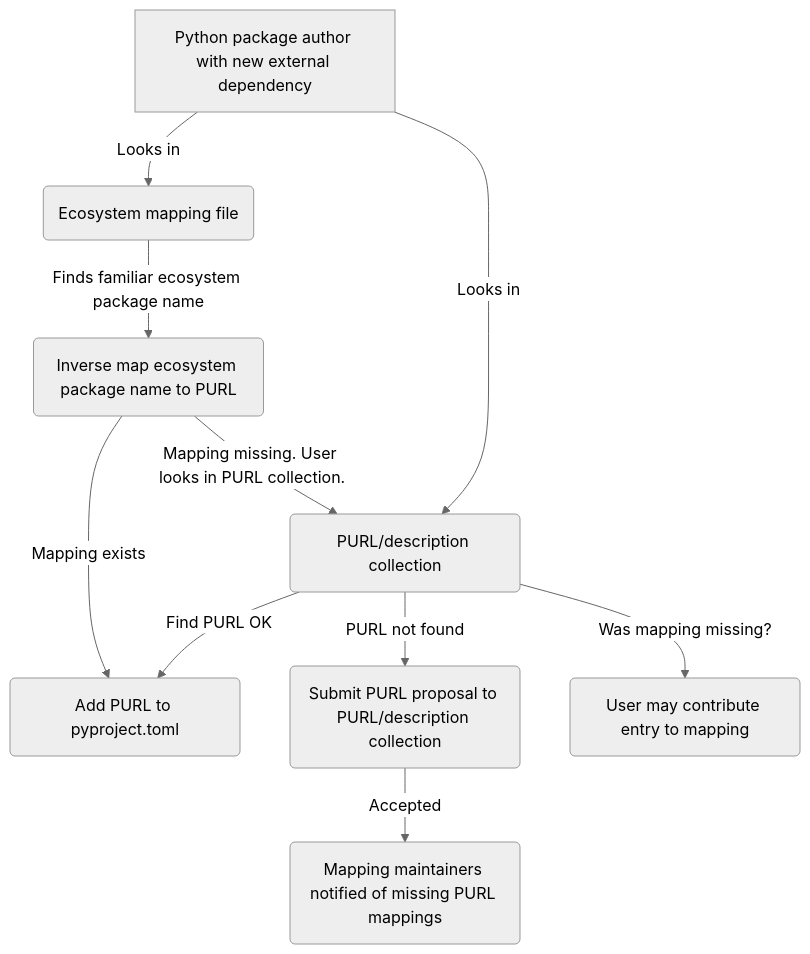
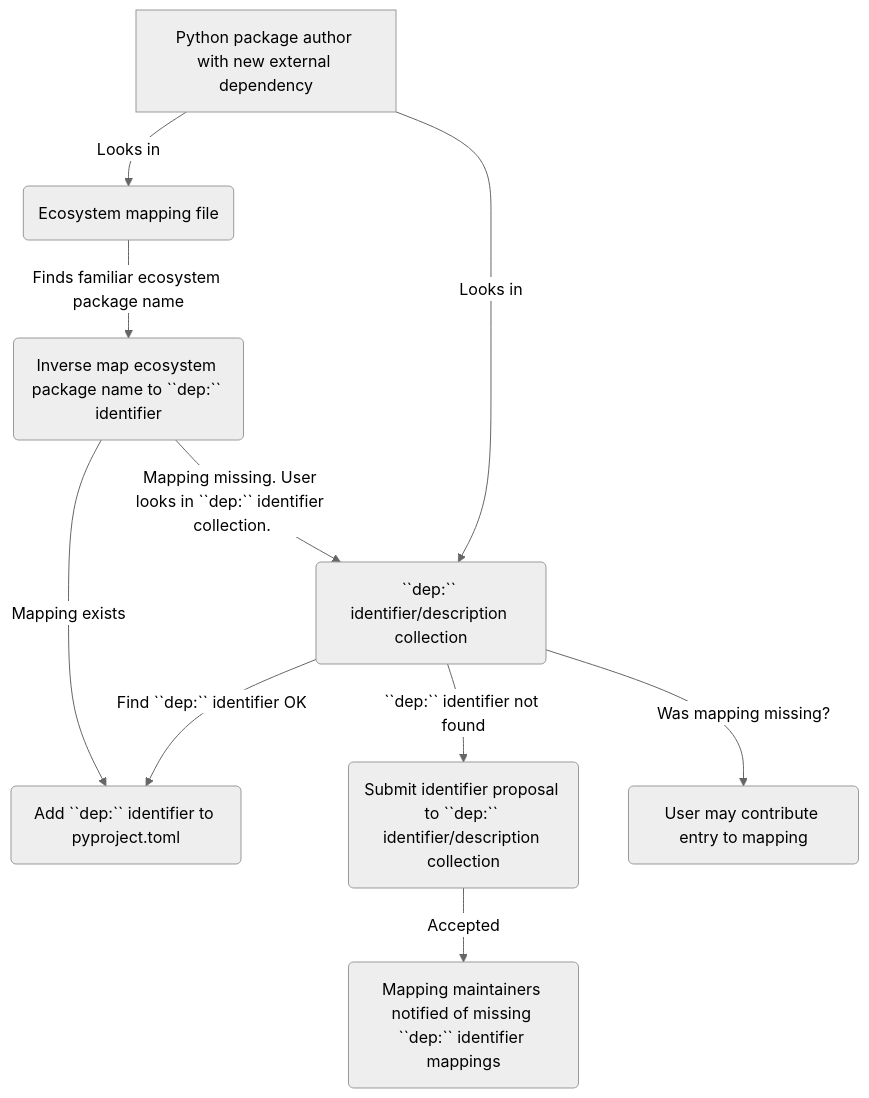
The diagram in peps/pep-9999.rst (rgommers/peps), drawn with Mermaid (neutral theme) before and after one commit. The commit also changed other lines of this file, not shown here.

Commit message:
PURL -> dep: identifier

```diff
--- a/peps/pep-9999.rst
+++ b/peps/pep-9999.rst
@@ -731,12 +731,12 @@
 .. mermaid::
 
    flowchart TD
-     A[Python package author with new external dependency] --> |Looks in| B(PURL/description collection)
-     B --> | Find PURL OK | E(Add PURL to pyproject.toml)
+     A[Python package author with new external dependency] --> |Looks in| B(``dep:`` identifier/description collection)
+     B --> | Find ``dep:`` identifier OK | E(Add ``dep:`` identifier to pyproject.toml)
      A --> | Looks in | C(Ecosystem mapping file)
-     C --> | Finds familiar ecosystem package name | D(Inverse map ecosystem package name to PURL)
+     C --> | Finds familiar ecosystem package name | D(Inverse map ecosystem package name to ``dep:`` identifier)
      D --> | Mapping exists | E
-     B --> | PURL not found | F(Submit PURL proposal to PURL/description collection)
-     F --> | Accepted | G(Mapping maintainers notified of missing PURL mappings)
-     D --> | Mapping missing. User looks in PURL collection. | B
+     B --> | ``dep:`` identifier not found | F(Submit identifier proposal to ``dep:`` identifier/description collection)
+     F --> | Accepted | G(Mapping maintainers notified of missing ``dep:`` identifier mappings)
+     D --> | Mapping missing. User looks in ``dep:`` identifier collection. | B
      B --> | Was mapping missing? | H(User may contribute entry to mapping)
```
